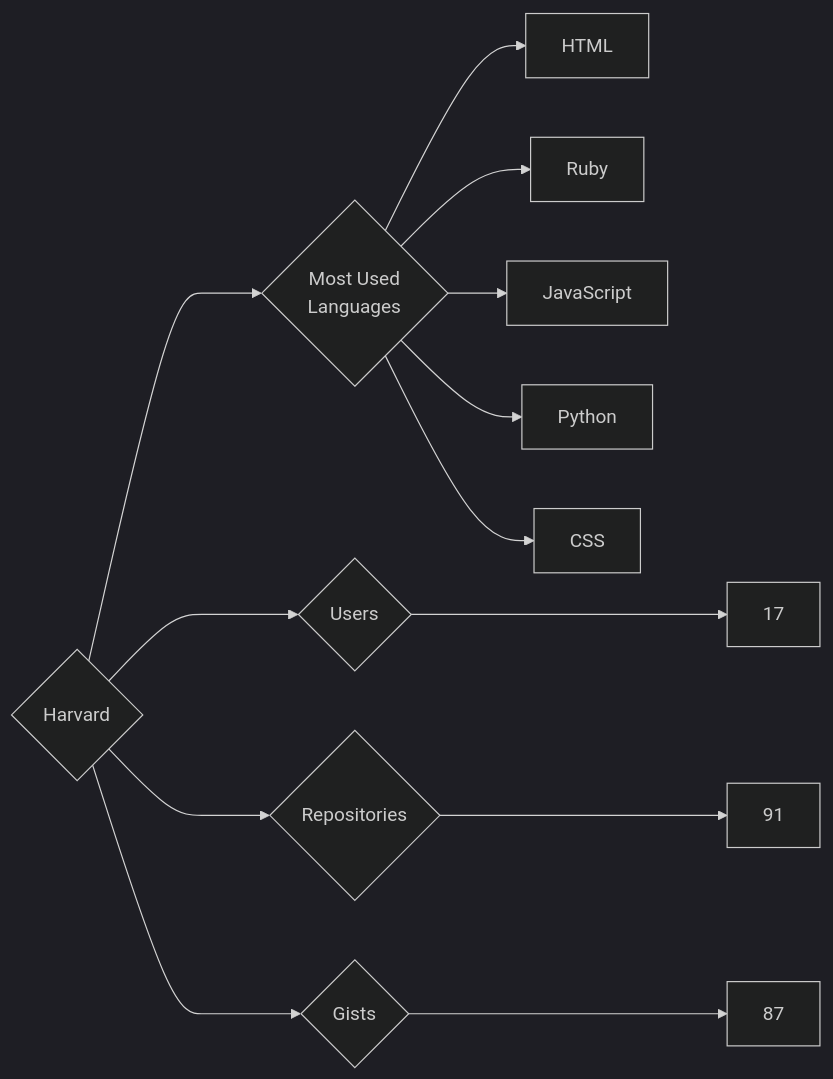
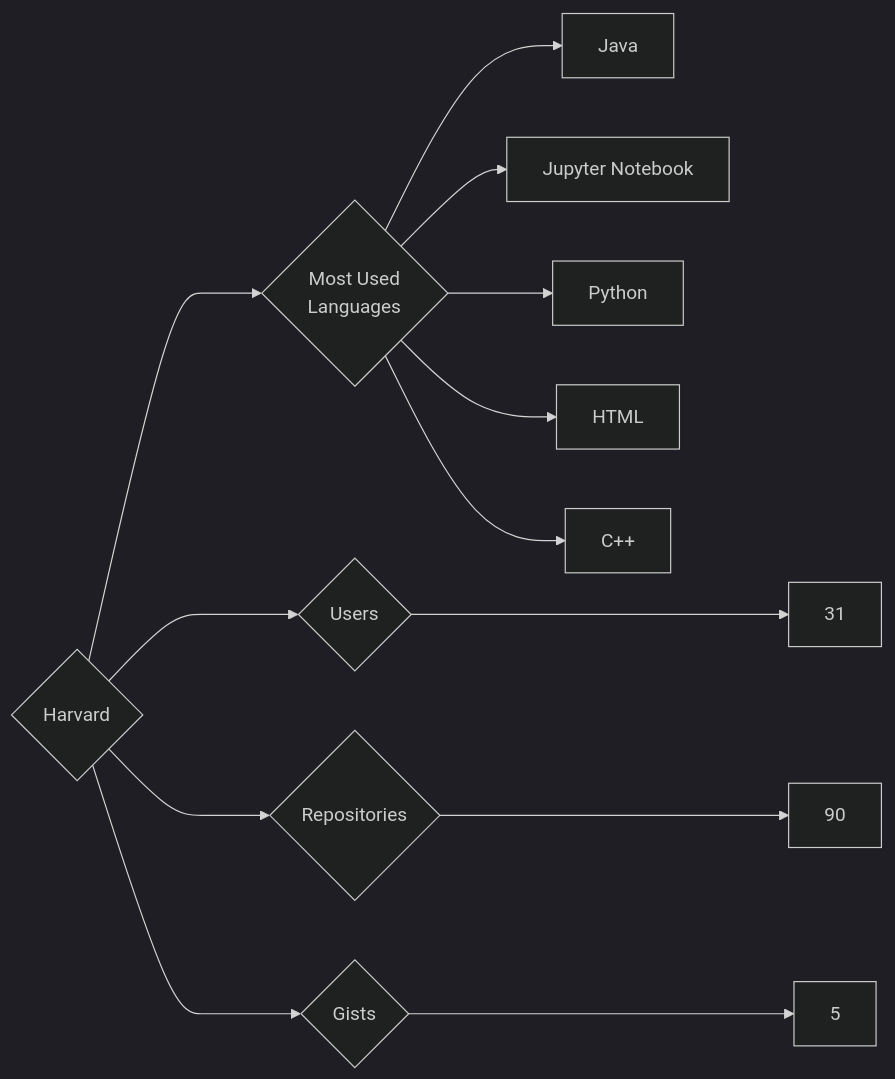
One commit to trickest/insiders changed the diagram in targets/Harvard/README.md. Above: the diagram before and after it, drawn with Mermaid (dark theme). The commit also changed 721 other files, not shown here.

````diff
--- a/targets/Harvard/README.md
+++ b/targets/Harvard/README.md
@@ -3,13 +3,13 @@
 ```mermaid
 graph LR
 COMPANY_NAME{Harvard}
-COMPANY_NAME ---> U{Users} ---> UN[17]
-COMPANY_NAME ---> R{Repositories} ---> RN[91]
-COMPANY_NAME ---> G{Gists} ---> GN[87]
+COMPANY_NAME ---> U{Users} ---> UN[31]
+COMPANY_NAME ---> R{Repositories} ---> RN[90]
+COMPANY_NAME ---> G{Gists} ---> GN[5]
 COMPANY_NAME ---> ML{Most Used<br>Languages}
+ML --> Java[Java]
+ML --> Jupyter_Notebook[Jupyter Notebook]
+ML --> Python[Python]
 ML --> HTML[HTML]
-ML --> Ruby[Ruby]
-ML --> JavaScript[JavaScript]
-ML --> Python[Python]
-ML --> CSS[CSS]
+ML --> C++[C++]
 ```
````
